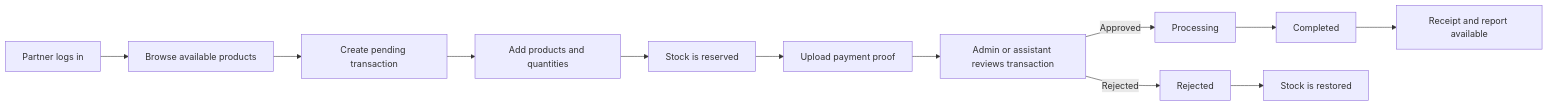
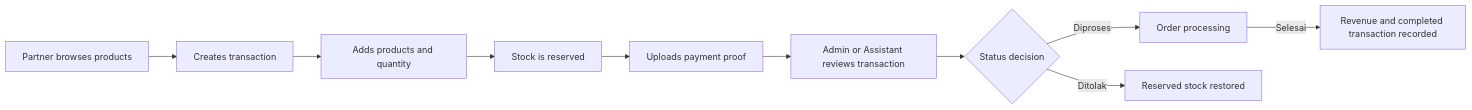
The first of 2 diagrams in README.md (sulthanrhnn/sijasta-transaction-management), drawn with Mermaid before and after one commit. The commit also changed other lines of this file and 10 other files, not shown here.

````diff
--- a/README.md
+++ b/README.md
@@ -62,14 +97,12 @@
 ```mermaid
 flowchart LR
-    A[Partner logs in] --> B[Browse available products]
-    B --> C[Create pending transaction]
-    C --> D[Add products and quantities]
-    D --> E[Stock is reserved]
-    E --> F[Upload payment proof]
-    F --> G[Admin or assistant reviews transaction]
-    G -->|Approved| H[Processing]
-    H --> I[Completed]
-    G -->|Rejected| J[Rejected]
-    J --> K[Stock is restored]
-    I --> L[Receipt and report available]
+    A[Partner browses products] --> B[Creates transaction]
+    B --> C[Adds products and quantity]
+    C --> D[Stock is reserved]
+    D --> E[Uploads payment proof]
+    E --> F[Admin or Assistant reviews transaction]
+    F --> G{Status decision}
+    G -->|Diproses| H[Order processing]
+    H -->|Selesai| I[Revenue and completed transaction recorded]
+    G -->|Ditolak| J[Reserved stock restored]
 ```
````
